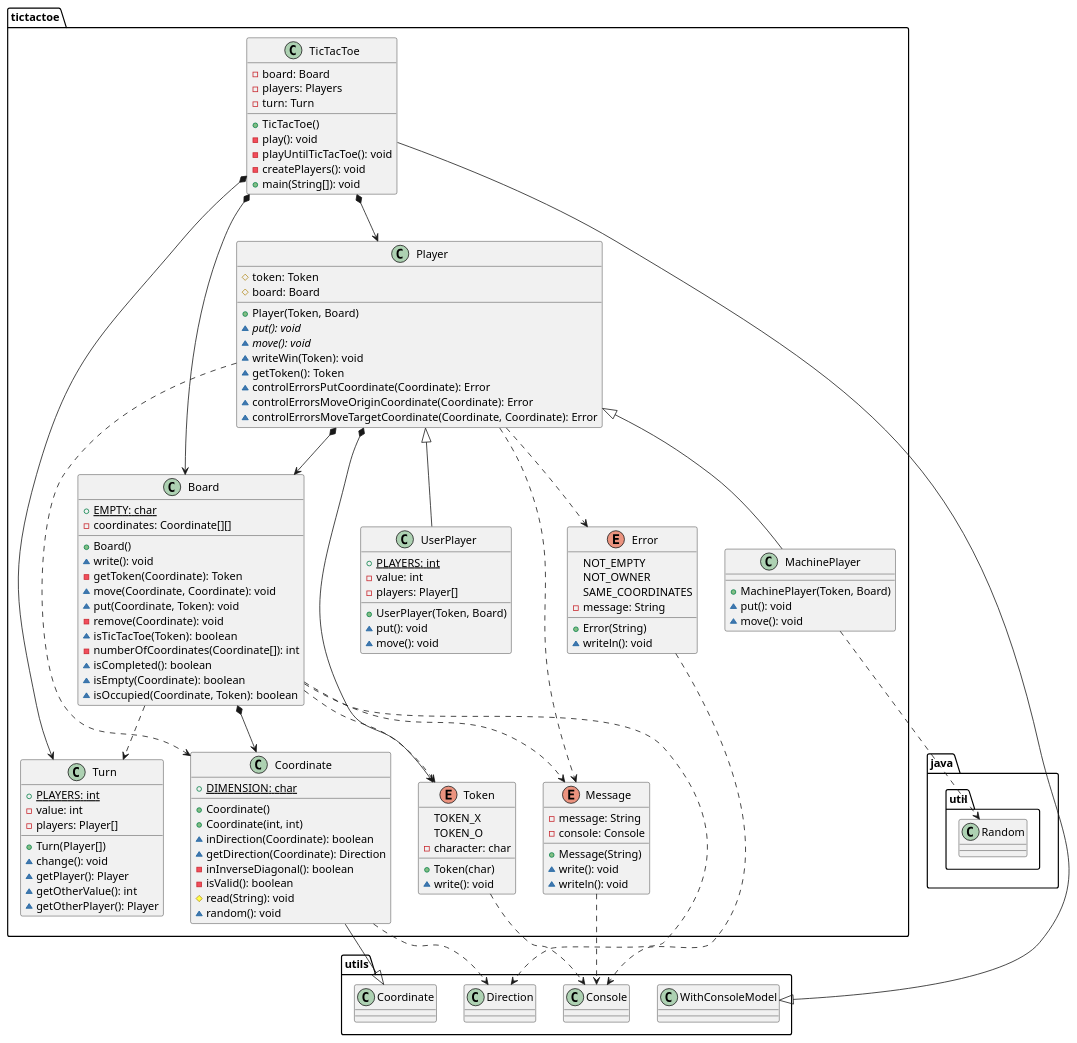
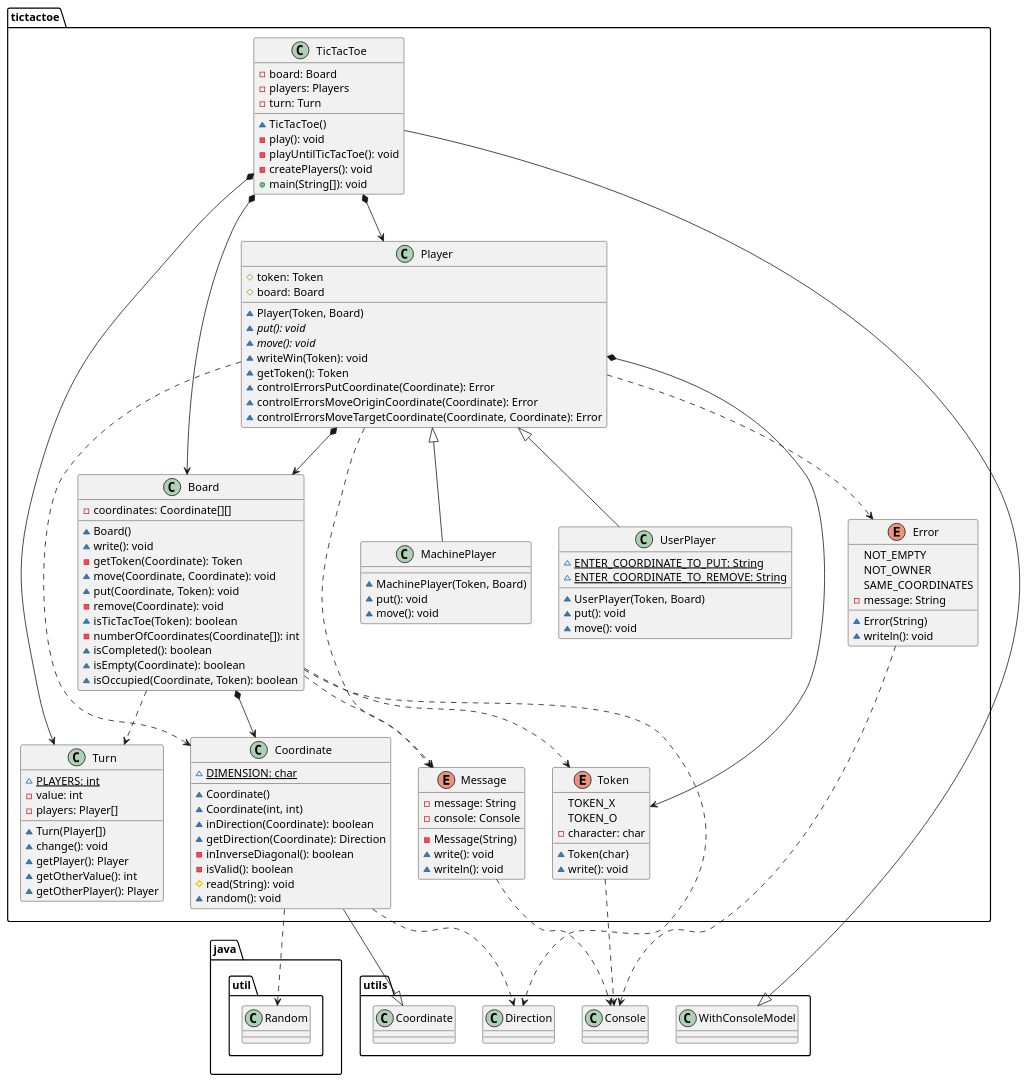
One commit to x-USantaTecla-game-ticTacToe/java changed the second of 4 diagrams in docs/src/docs/asciidoc/index.adoc. Above: the diagram before and after it, drawn with PlantUML. The commit also changed 6 other files, not shown here.

```diff
--- a/docs/src/docs/asciidoc/index.adoc
+++ b/docs/src/docs/asciidoc/index.adoc
@@ -51,9 +51,8 @@
 ....
 
 class  tictactoe.Board{
-+ {static} EMPTY: char
 - coordinates: Coordinate[][]
-+ Board()
+~ Board()
 ~ write(): void
 - getToken(Coordinate): Token
 ~ move(Coordinate, Coordinate): void
@@ -72,9 +71,9 @@
 tictactoe.Board ..> tictactoe.Message
 
 class  tictactoe.Coordinate{
-+ {static} DIMENSION: char
-+ Coordinate()
-+ Coordinate(int, int)
+~ {static} DIMENSION: char
+~ Coordinate()
+~ Coordinate(int, int)
 ~ inDirection(Coordinate): boolean
 ~ getDirection(Coordinate): Direction
 - inInverseDiagonal(): boolean
@@ -84,29 +83,29 @@
 }
 utils.Coordinate <|-down- tictactoe.Coordinate
 tictactoe.Coordinate ..> utils.Direction
+tictactoe.Coordinate ..> java.util.Random
 
 enum  tictactoe.Error{
 NOT_EMPTY
 NOT_OWNER
 SAME_COORDINATES
 - message: String
-+ Error(String)
+~ Error(String)
 ~ writeln(): void
 }
 tictactoe.Error ..> utils.Console
 
 class  tictactoe.MachinePlayer{
-+ MachinePlayer(Token, Board)
+~ MachinePlayer(Token, Board)
 ~ put(): void
 ~ move(): void
 }
 tictactoe.Player <|-down- tictactoe.MachinePlayer
-tictactoe.MachinePlayer ..> java.util.Random
 
 enum  tictactoe.Message{
 - message: String
 - console: Console
-+ Message(String)
+- Message(String)
 ~ write(): void
 ~ writeln(): void
 }
@@ -115,7 +114,7 @@
 class  tictactoe.Player{
 # token: Token
 # board: Board
-+ Player(Token, Board)
+~ Player(Token, Board)
 ~ {abstract} put(): void
 ~ {abstract} move(): void
 ~ writeWin(Token): void
@@ -134,7 +133,7 @@
 - board: Board
 - players: Players
 - turn: Turn
-+ TicTacToe()
+~ TicTacToe()
 - play(): void
 - playUntilTicTacToe(): void
 - createPlayers(): void
@@ -149,16 +148,16 @@
 TOKEN_X
 TOKEN_O
 - character: char
-+ Token(char)
+~ Token(char)
 ~ write(): void
 }
 tictactoe.Token..> utils.Console
 
 class  tictactoe.Turn{
-+ {static} PLAYERS: int
+~ {static} PLAYERS: int
 - value: int
 - players: Player[]
-+ Turn(Player[])
+~ Turn(Player[])
 ~ change(): void
 ~ getPlayer(): Player
 ~ getOtherValue(): int
@@ -166,10 +165,9 @@
 }
 
 class  tictactoe.UserPlayer{
-+ {static} PLAYERS: int
-- value: int
-- players: Player[]
-+ UserPlayer(Token, Board)
+~ {static} ENTER_COORDINATE_TO_PUT: String
+~ {static} ENTER_COORDINATE_TO_REMOVE: String
+~ UserPlayer(Token, Board)
 ~ put(): void
 ~ move(): void
 }
```
